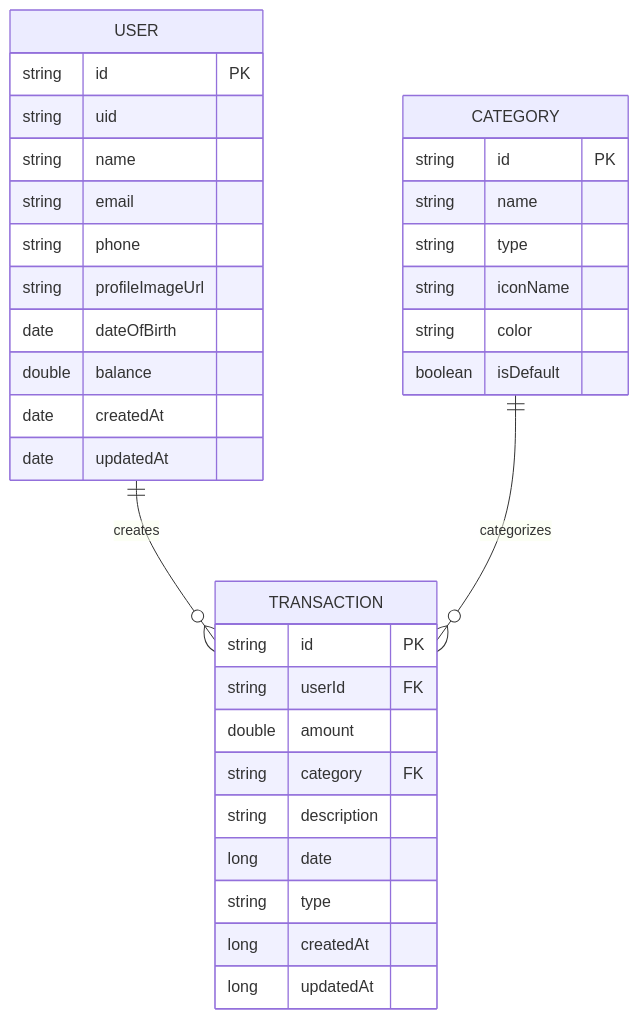
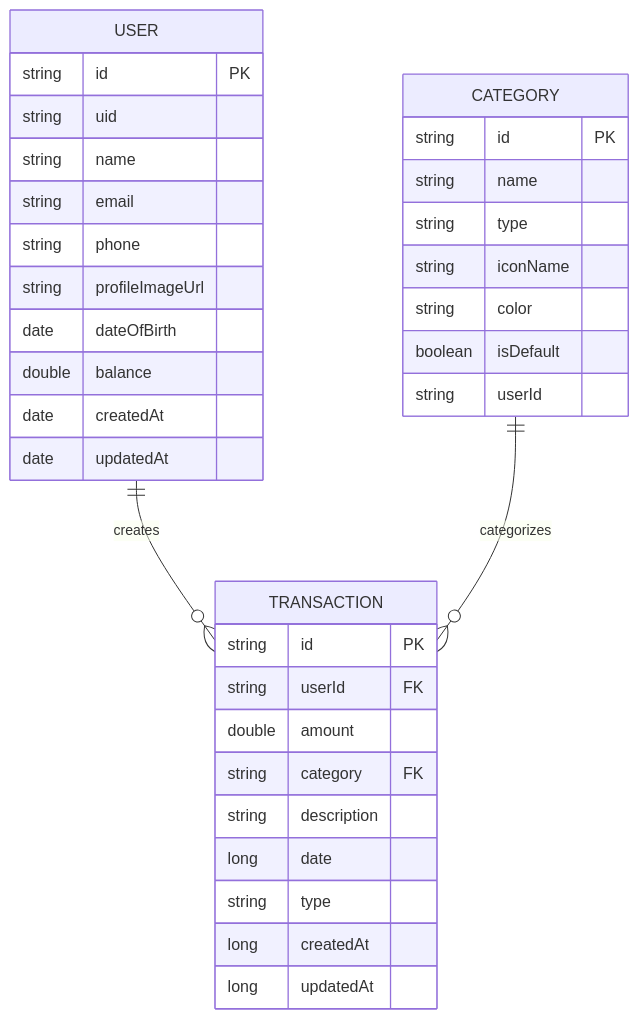
Before and after one commit to riold02/QLTCCN-Android: the diagram in database_diagram.md, drawn with Mermaid. The commit also changed other lines of this file and 7 other files, not shown here.

````diff
--- a/database_diagram.md
+++ b/database_diagram.md
@@ -5,39 +5,40 @@
 ```mermaid
 erDiagram
     USER {
         string id PK
         string uid
         string name
         string email
         string phone
         string profileImageUrl
         date dateOfBirth
         double balance
         date createdAt
         date updatedAt
     }
 
     CATEGORY {
         string id PK
         string name
         string type
         string iconName
         string color
         boolean isDefault
+        string userId
     }
 
     TRANSACTION {
         string id PK
         string userId FK
         double amount
         string category FK
         string description
         long date
         string type
         long createdAt
         long updatedAt
     }
 
     USER ||--o{ TRANSACTION : "creates"
     CATEGORY ||--o{ TRANSACTION : "categorizes"
 ```
````
